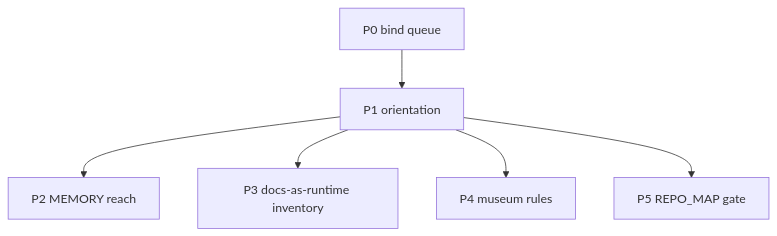
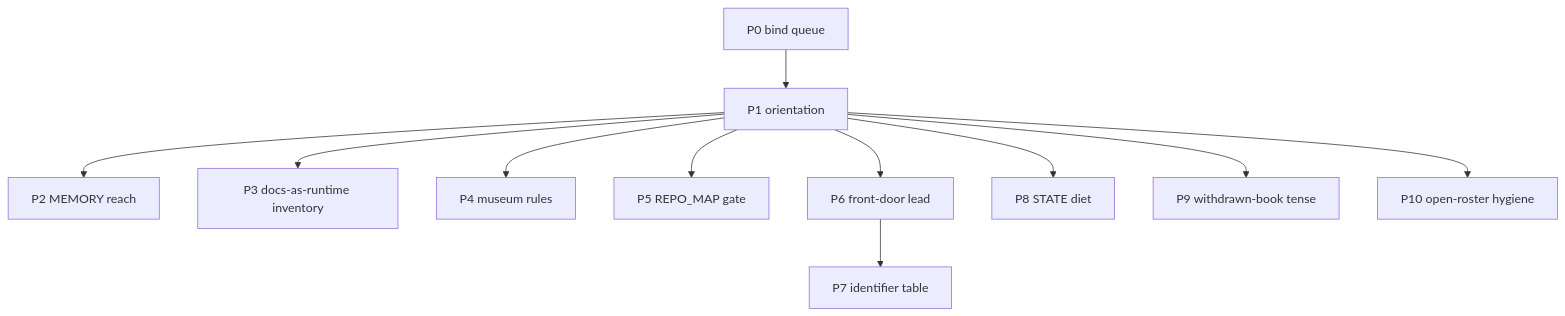
The diagram in docs/superpowers/plans/2026-08-23-repo-pain-point-packets.md (Joshua-Asante/first-passage), drawn with Mermaid before and after one commit. The commit also changed other lines of this file and 1 other file, not shown here.

````diff
--- a/docs/superpowers/plans/2026-08-23-repo-pain-point-packets.md
+++ b/docs/superpowers/plans/2026-08-23-repo-pain-point-packets.md
@@ -39,14 +48,24 @@
 ```mermaid
 flowchart TD
   p0[P0 bind queue]
   p1[P1 orientation]
   p2[P2 MEMORY reach]
   p3[P3 docs-as-runtime inventory]
   p4[P4 museum rules]
   p5[P5 REPO_MAP gate]
+  p6[P6 front-door lead]
+  p7[P7 identifier table]
+  p8[P8 STATE diet]
+  p9[P9 withdrawn-book tense]
+  p10[P10 open-roster hygiene]
   p0 --> p1
   p1 --> p2
   p1 --> p3
   p1 --> p4
   p1 --> p5
+  p1 --> p6
+  p6 --> p7
+  p1 --> p8
+  p1 --> p9
+  p1 --> p10
 ```
````
